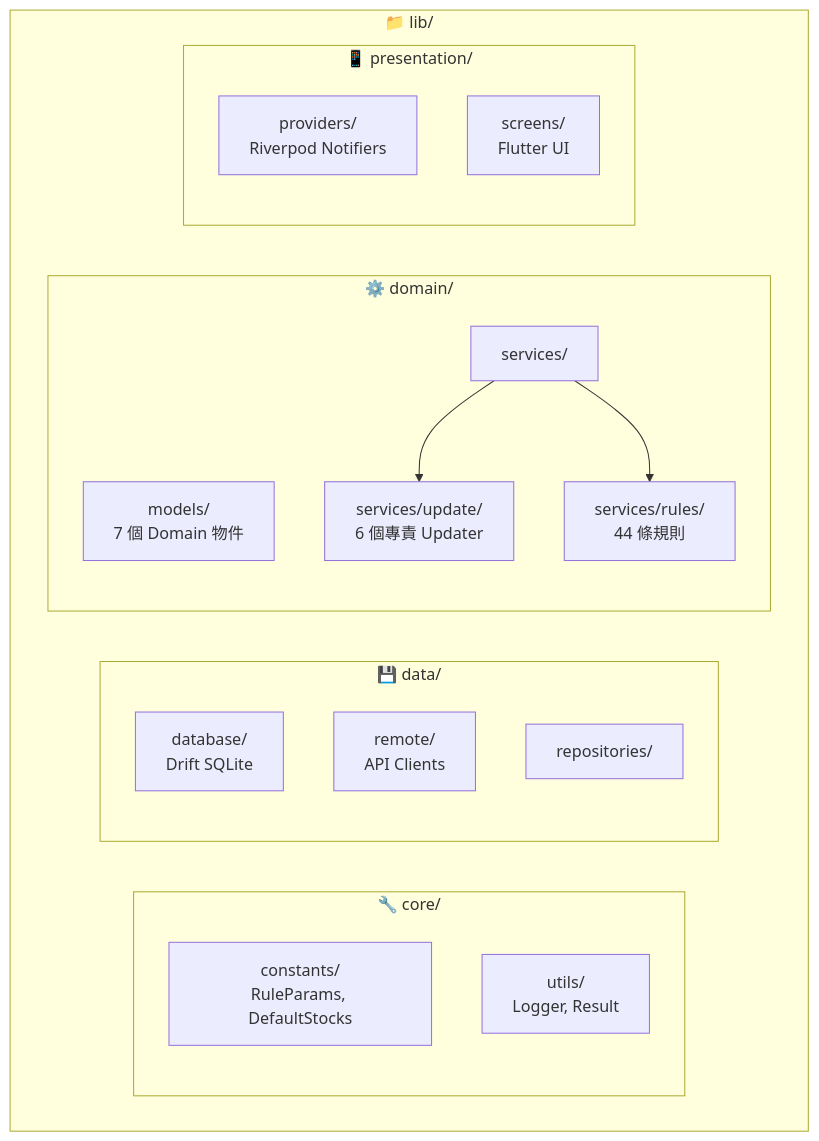
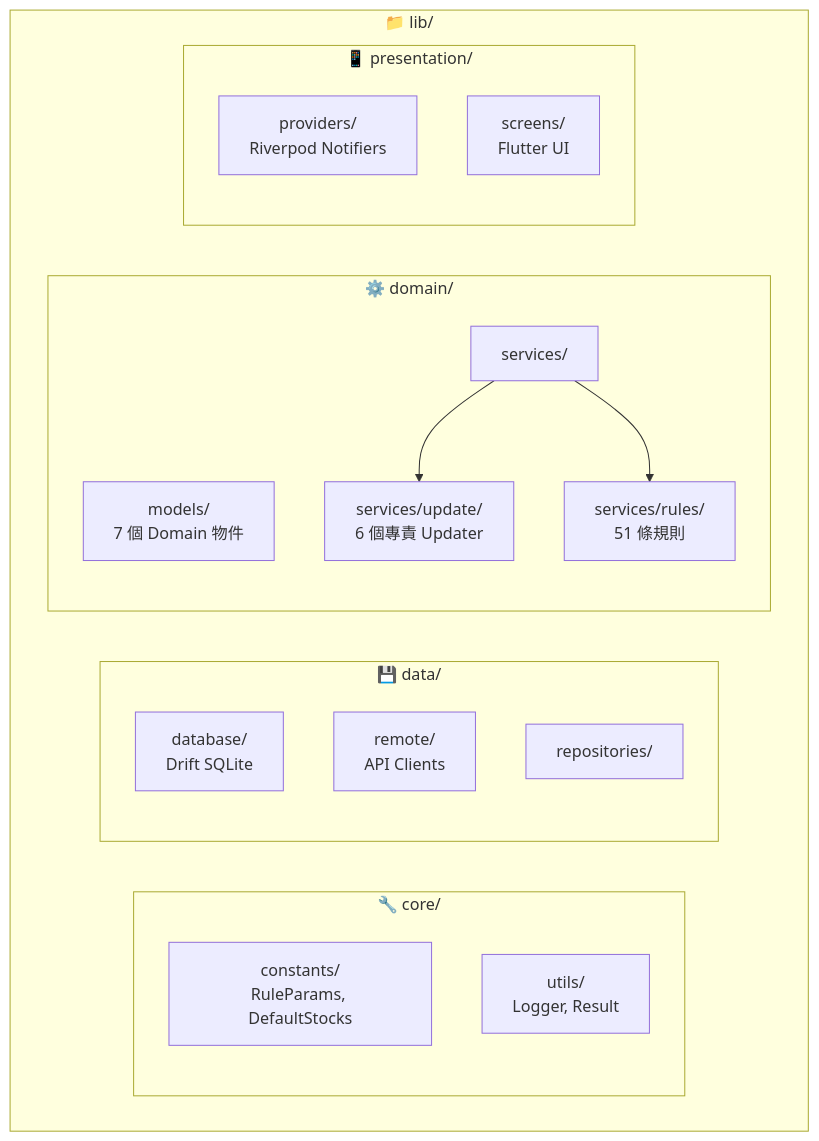
Before and after one commit to Neal75418/afterclose: the second of 3 diagrams in README.md, drawn with Mermaid. The commit also changed other lines of this file and 29 other files, not shown here.

````diff
--- a/README.md
+++ b/README.md
@@ -116,30 +102,30 @@
 ```mermaid
 graph TD
     subgraph lib["📁 lib/"]
         subgraph core["🔧 core/"]
             constants["constants/<br/>RuleParams, DefaultStocks"]
             utils["utils/<br/>Logger, Result"]
         end
 
         subgraph data["💾 data/"]
             database["database/<br/>Drift SQLite"]
             remote["remote/<br/>API Clients"]
             repositories["repositories/"]
         end
 
         subgraph domain["⚙️ domain/"]
             models["models/<br/>7 個 Domain 物件"]
             services["services/"]
             update["services/update/<br/>6 個專責 Updater"]
-            rules["services/rules/<br/>44 條規則"]
+            rules["services/rules/<br/>51 條規則"]
         end
 
         subgraph presentation["📱 presentation/"]
             providers["providers/<br/>Riverpod Notifiers"]
             screens["screens/<br/>Flutter UI"]
         end
     end
 
     services --> update
     services --> rules
 ```
````
